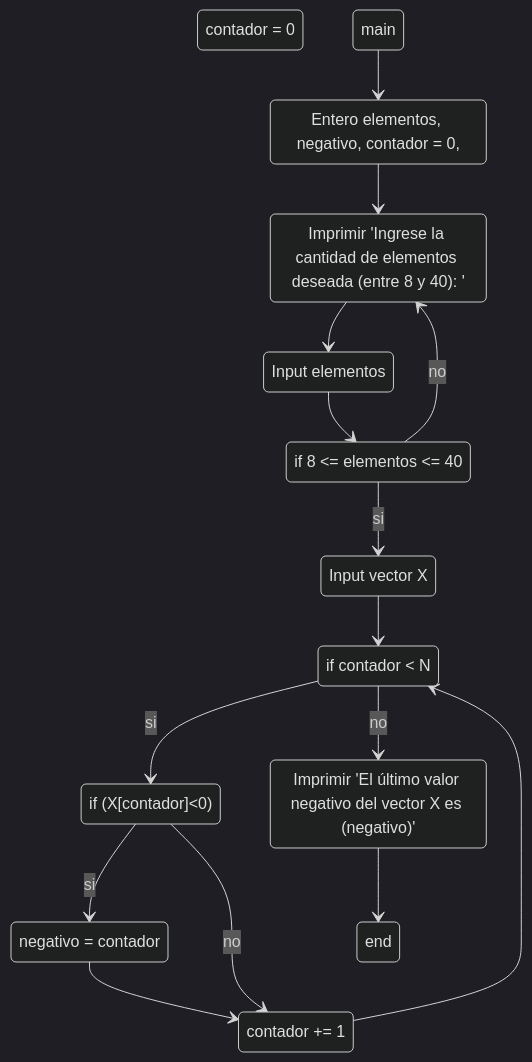
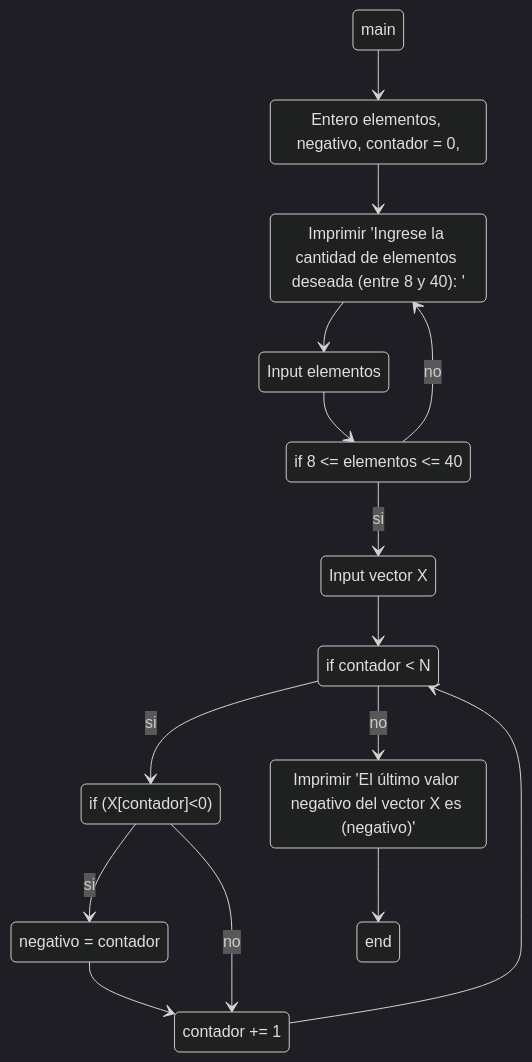
Before and after one commit to ValentinJM/TP-8: the diagram in Ejercicios TP8 bis/2.md, drawn with Mermaid (dark theme).

````diff
--- a/Ejercicios TP8 bis/2.md
+++ b/Ejercicios TP8 bis/2.md
@@ -2,29 +2,28 @@
 ```mermaid
 stateDiagram-v2
 state "Entero elementos, negativo, contador = 0," as def
 state "Imprimir 'Ingrese la cantidad de elementos deseada (entre 8 y 40): '" as cant
 state "Input elementos" as elem
 state "if 8 <= elementos <= 40" as cond0
 state "Input vector X" as vector
-state "contador = 0" as back
 state "if contador < N" as cond
 state "if (X[contador]<0)" as cond2
 state "negativo = contador" as neg
 state "contador += 1" as cont
 state "Imprimir 'El último valor negativo del vector X es (negativo)'" as print
     main --> def
     def --> cant
     cant --> elem
     elem --> cond0
     cond0 --> vector : si
     cond0 --> cant : no
     vector --> cond
     cond --> cond2 : si
     cond --> print : no
     cond2 --> neg : si
     neg --> cont
     cont --> cond
     cond2 --> cont : no
     
     print --> end
 ```
````
